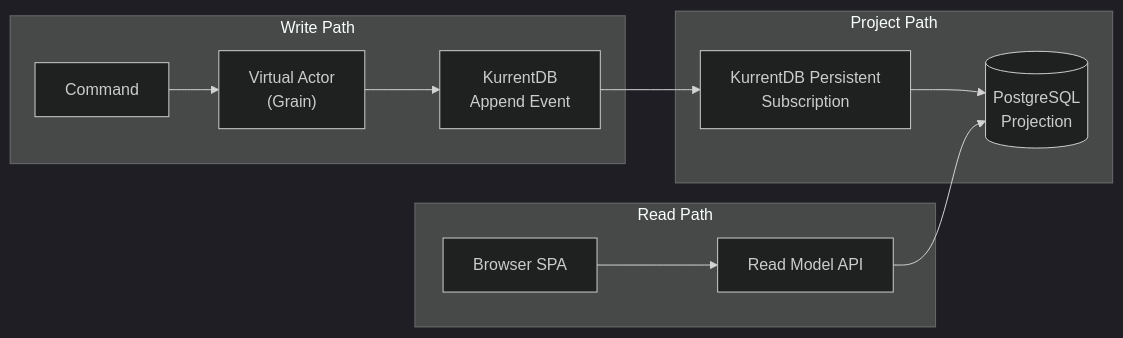
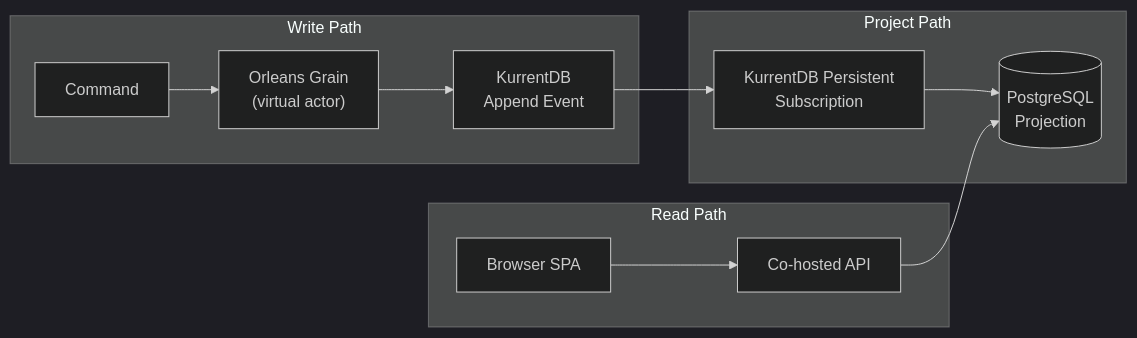
Before and after one commit to lekhasy/Vut: diagram 18 of 19 in epics/01-epic-first-signin-org/architecture/architecture.md, drawn with Mermaid (dark theme). The commit also changed other lines of this file and 32 other files, not shown here.

````diff
--- a/epics/01-epic-first-signin-org/architecture/architecture.md
+++ b/epics/01-epic-first-signin-org/architecture/architecture.md
@@ -1419,17 +1504,17 @@
 ```mermaid
 flowchart LR
     subgraph Write Path
-        CMD[Command] --> GRAIN["Virtual Actor<br/>(Grain)"]
+        CMD[Command] --> GRAIN["Orleans Grain<br/>(virtual actor)"]
         GRAIN --> ES[KurrentDB<br/>Append Event]
     end
 
     subgraph Project Path
         ES --> PS[KurrentDB Persistent<br/>Subscription]
         PS --> PG[(PostgreSQL<br/>Projection)]
     end
 
     subgraph Read Path
-        API[Read Model API] --> PG
+        API[Co-hosted API] --> PG
         UI[Browser SPA] --> API
     end
 ```
````
